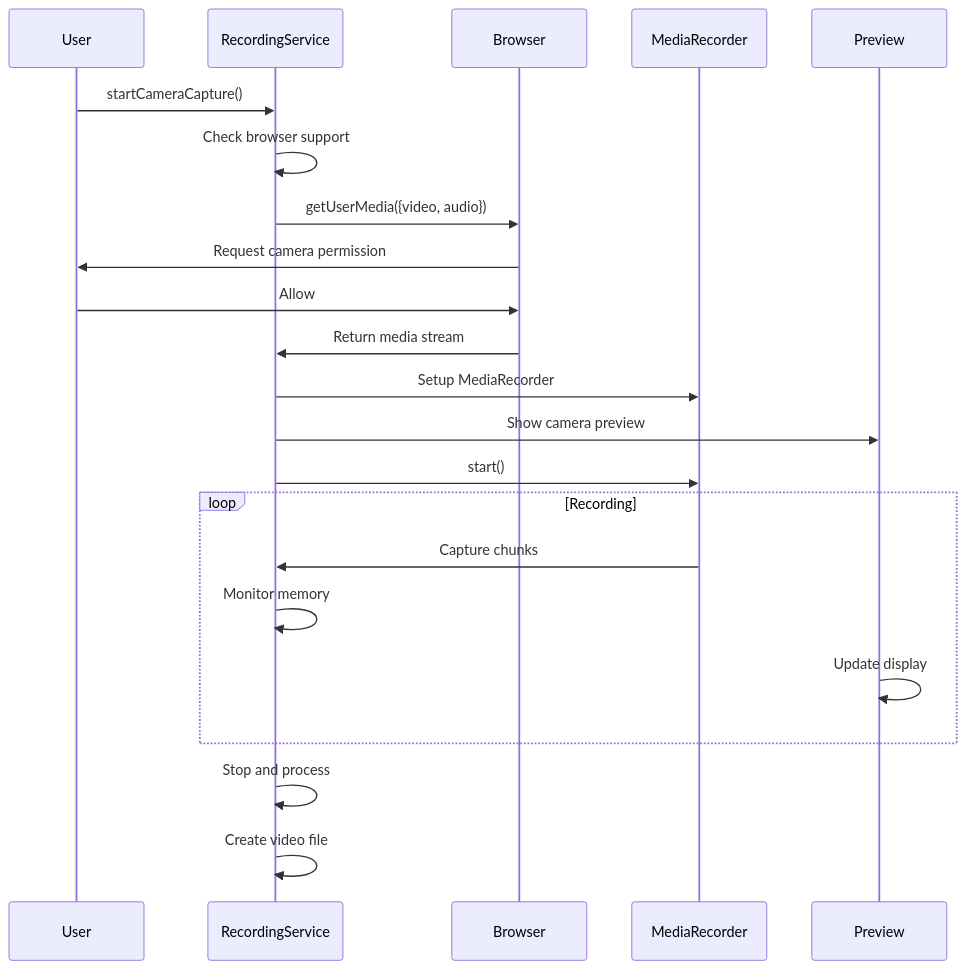
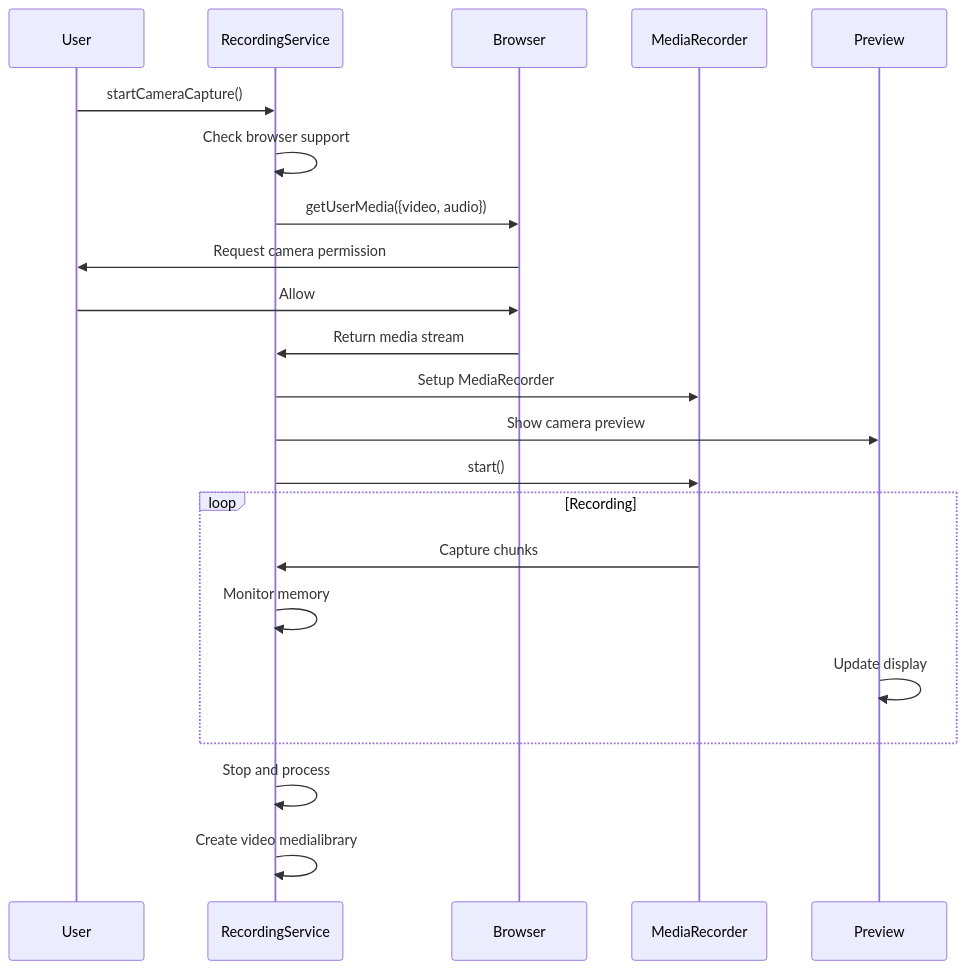
The fourth of 9 diagrams in docs/architecture/06-recording-system.md (apssouza22/web-video-edit), drawn with Mermaid before and after one commit. The commit also changed other lines of this file and 17 other files, not shown here.

````diff
--- a/docs/architecture/06-recording-system.md
+++ b/docs/architecture/06-recording-system.md
@@ -185,29 +185,29 @@
 ```mermaid
 sequenceDiagram
     participant User
     participant Service as RecordingService
     participant Browser
     participant Recorder as MediaRecorder
     participant Preview
 
     User->>Service: startCameraCapture()
     Service->>Service: Check browser support
     
     Service->>Browser: getUserMedia({video, audio})
     Browser->>User: Request camera permission
     User->>Browser: Allow
     Browser->>Service: Return media stream
     
     Service->>Recorder: Setup MediaRecorder
     Service->>Preview: Show camera preview
     Service->>Recorder: start()
     
     loop Recording
         Recorder->>Service: Capture chunks
         Service->>Service: Monitor memory
         Preview->>Preview: Update display
     end
     
     Service->>Service: Stop and process
-    Service->>Service: Create video file
+    Service->>Service: Create video medialibrary
 ```
````
